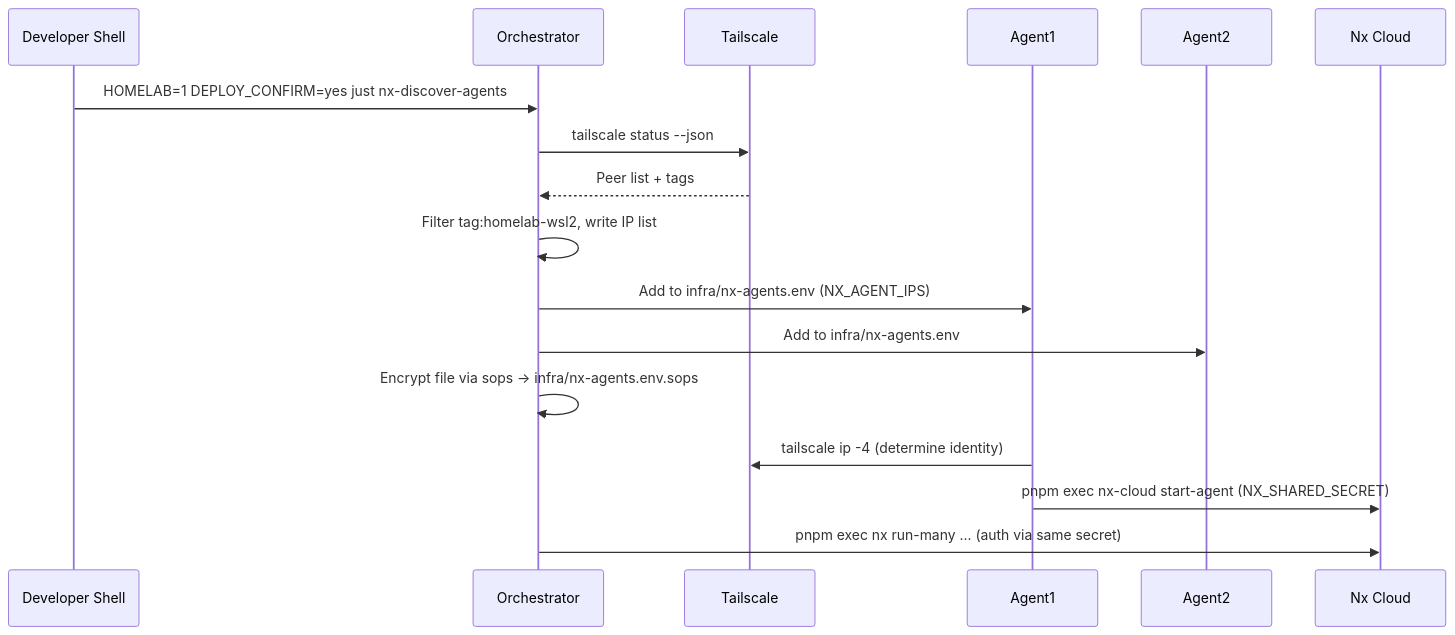
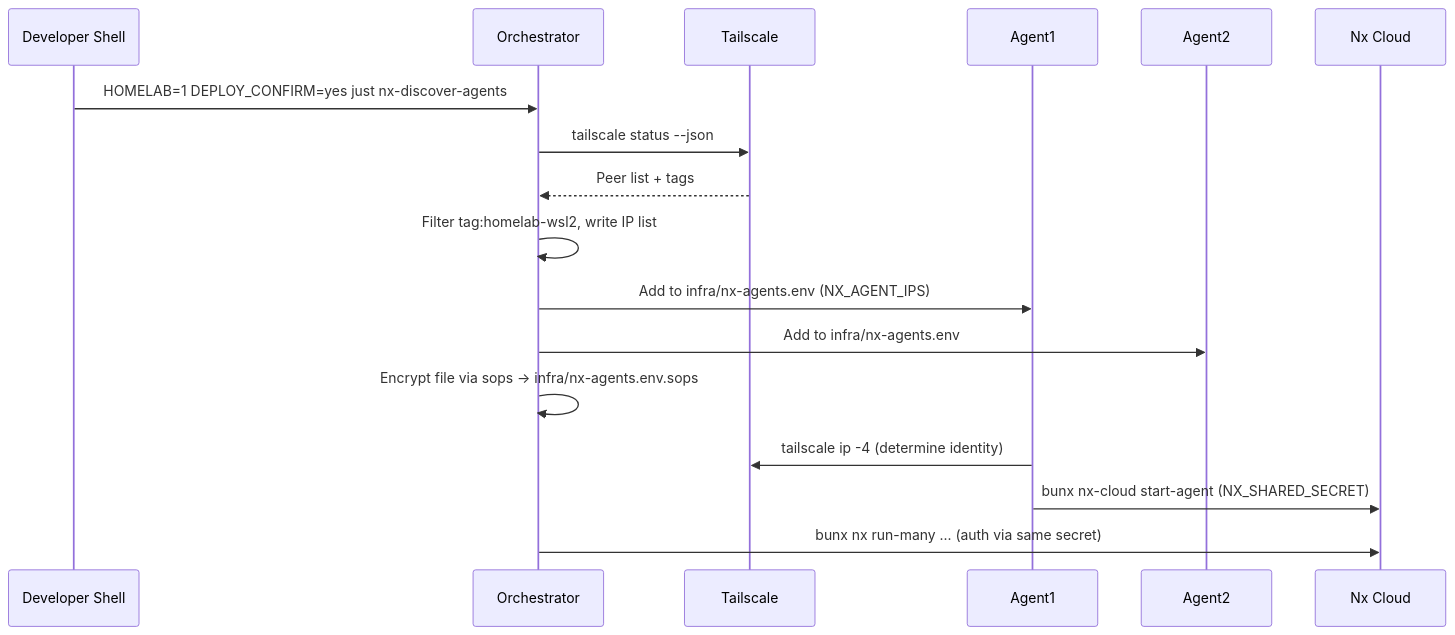
One commit to SPRIME01/homelab changed the first of 2 diagrams in docs/Explanations/Nx-Distributed-Architecture.md. Above: the diagram before and after it, drawn with Mermaid. The commit also changed other lines of this file and 10 other files, not shown here.

````diff
--- a/docs/Explanations/Nx-Distributed-Architecture.md
+++ b/docs/Explanations/Nx-Distributed-Architecture.md
@@ -7,19 +7,19 @@
 ```mermaid
 sequenceDiagram
   participant Dev as Developer Shell
   participant Orchestrator
   participant Tailscale
   participant Agent1
   participant Agent2
 
   Dev->>Orchestrator: HOMELAB=1 DEPLOY_CONFIRM=yes just nx-discover-agents
   Orchestrator->>Tailscale: tailscale status --json
   Tailscale-->>Orchestrator: Peer list + tags
   Orchestrator->>Orchestrator: Filter tag:homelab-wsl2, write IP list
   Orchestrator->>Agent1: Add to infra/nx-agents.env (NX_AGENT_IPS)
   Orchestrator->>Agent2: Add to infra/nx-agents.env
   Orchestrator->>Orchestrator: Encrypt file via sops -> infra/nx-agents.env.sops
   Agent1->>Tailscale: tailscale ip -4 (determine identity)
-  Agent1->>Nx Cloud: pnpm exec nx-cloud start-agent (NX_SHARED_SECRET)
-  Orchestrator->>Nx Cloud: pnpm exec nx run-many ... (auth via same secret)
+  Agent1->>Nx Cloud: bunx nx-cloud start-agent (NX_SHARED_SECRET)
+  Orchestrator->>Nx Cloud: bunx nx run-many ... (auth via same secret)
 ```
````
